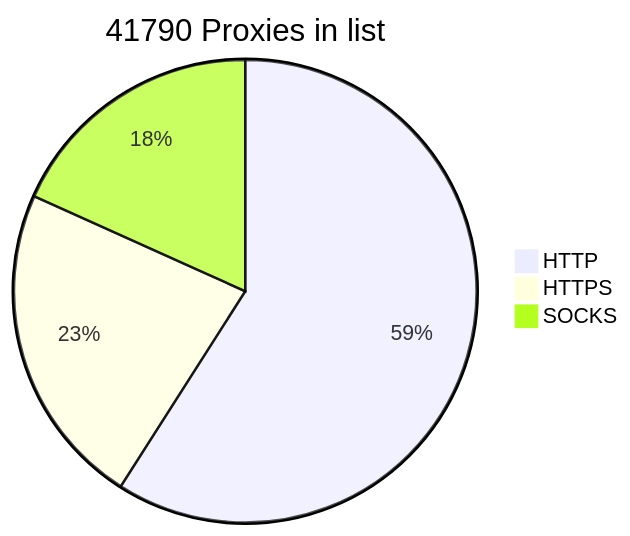
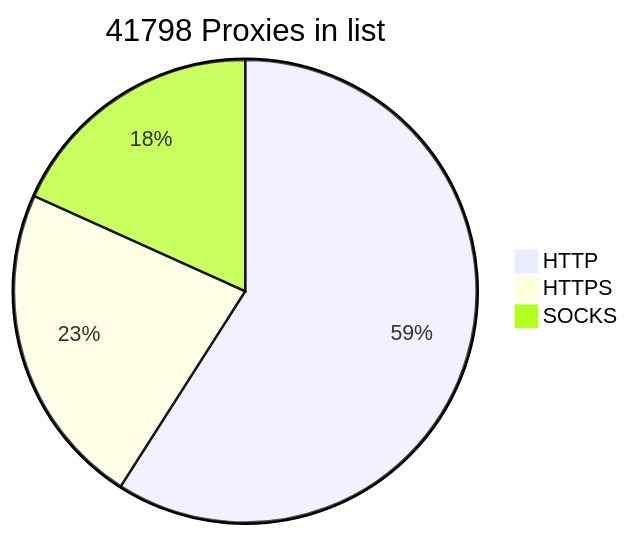
The diagram in README.md (BlackSnowDot/proxylist-update-every-minute), drawn with Mermaid before and after one commit.

````diff
--- a/README.md
+++ b/README.md
@@ -2,6 +2,6 @@
 ```mermaid
-pie title 41790 Proxies in list
-    "HTTP" : 29061
-    "HTTPS": 11173
-    "SOCKS" : 8990
+pie title 41798 Proxies in list
+    "HTTP" : 29070
+    "HTTPS": 11176
+    "SOCKS" : 8991
 ```
````
